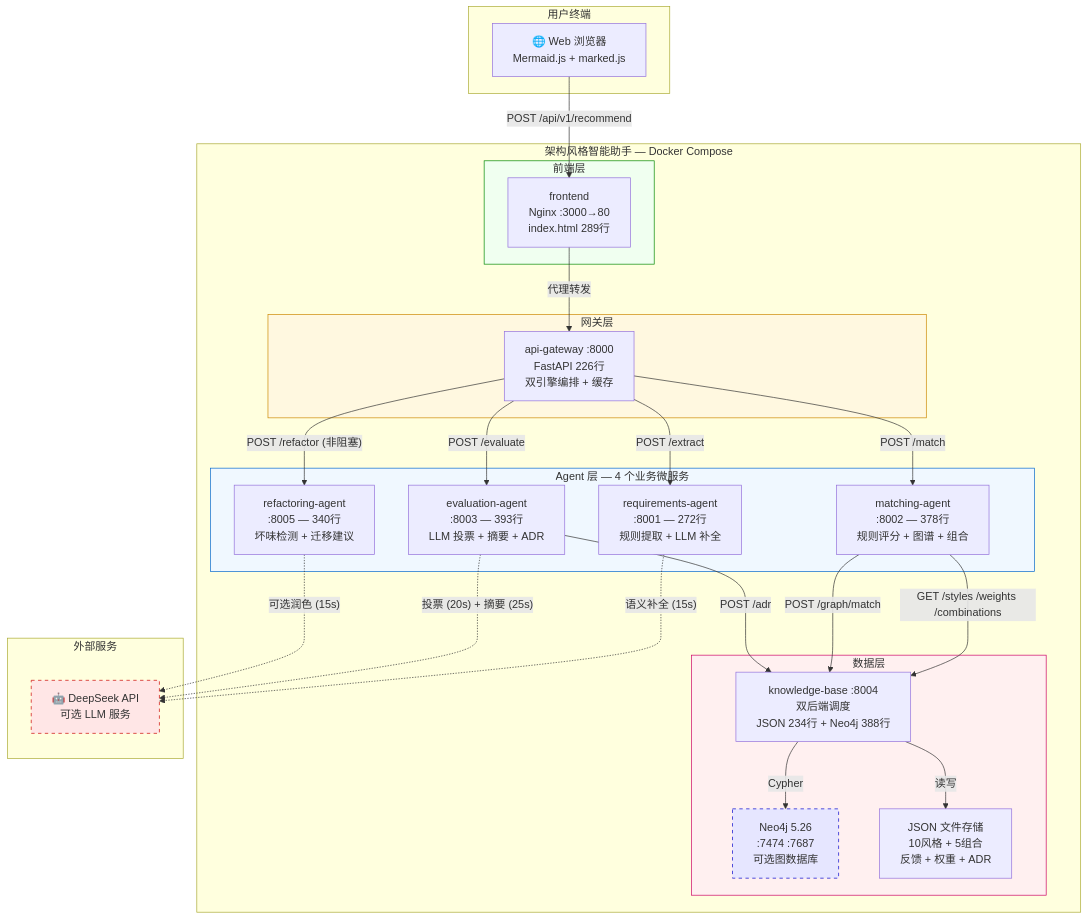
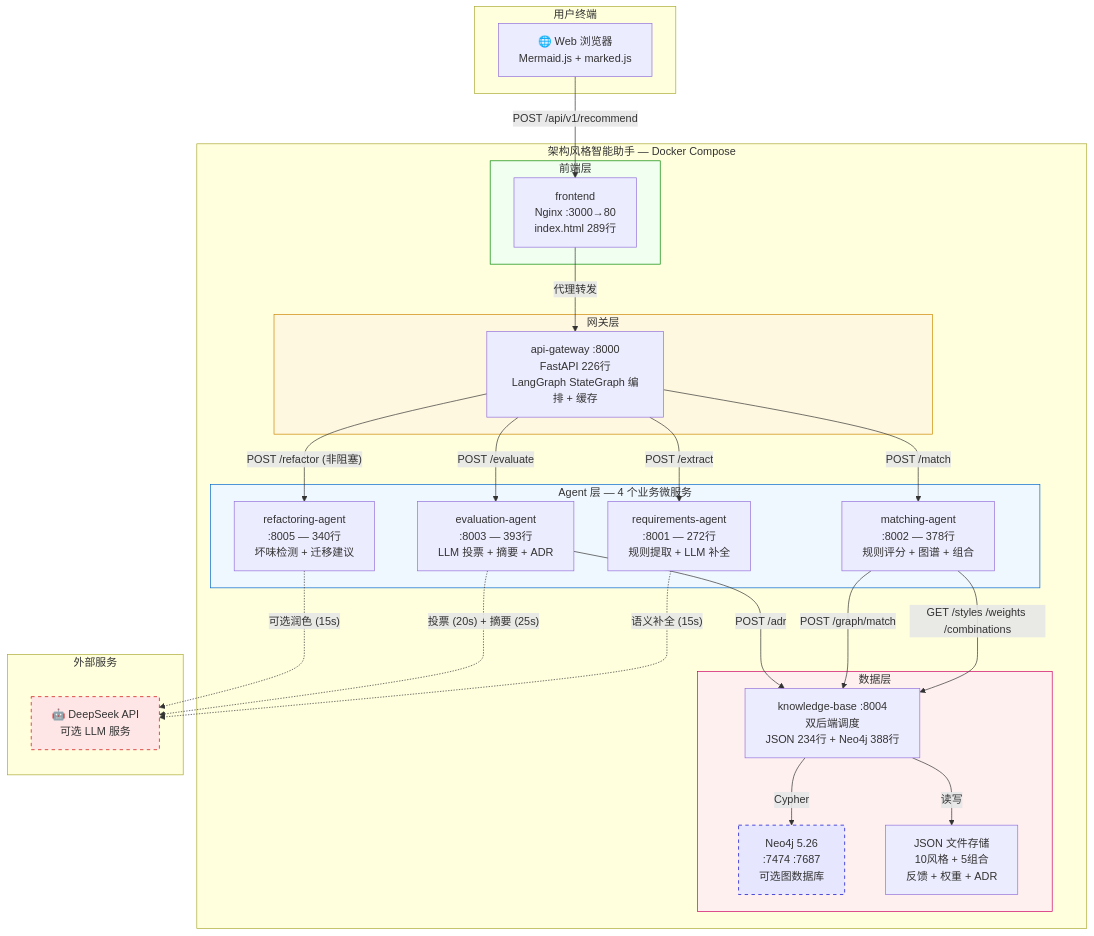
Before and after one commit to zbhzbhzbh11/architecture-assistant: the second of 8 diagrams in docs/defense/05-C4模型与UML图.md, drawn with Mermaid. The commit also changed other lines of this file and 89 other files, not shown here.

First line of the commit message:
feat: LLM-first需求分析 + 12维特征 + 非对称惩罚 + 子图模块化 + 前端改版

````diff
--- a/docs/defense/05-C4模型与UML图.md
+++ b/docs/defense/05-C4模型与UML图.md
@@ -75,55 +75,55 @@
 ```mermaid
 graph TB
     subgraph UserDevice["用户终端"]
         Browser["🌐 Web 浏览器<br/>Mermaid.js + marked.js"]
     end
 
     subgraph SystemBoundary["架构风格智能助手 — Docker Compose"]
         subgraph FrontendLayer["前端层"]
             Frontend["frontend<br/>Nginx :3000→80<br/>index.html 289行"]
         end
 
         subgraph GatewayLayer["网关层"]
-            Gateway["api-gateway :8000<br/>FastAPI 226行<br/>双引擎编排 + 缓存"]
+            Gateway["api-gateway :8000<br/>FastAPI 226行<br/>LangGraph StateGraph 编排 + 缓存"]
         end
 
         subgraph AgentLayer["Agent 层 — 4 个业务微服务"]
             ReqAgent["requirements-agent<br/>:8001 — 272行<br/>规则提取 + LLM 补全"]
             MatchAgent["matching-agent<br/>:8002 — 378行<br/>规则评分 + 图谱 + 组合"]
             EvalAgent["evaluation-agent<br/>:8003 — 393行<br/>LLM 投票 + 摘要 + ADR"]
             RefAgent["refactoring-agent<br/>:8005 — 340行<br/>坏味检测 + 迁移建议"]
         end
 
         subgraph DataLayer["数据层"]
             KB["knowledge-base :8004<br/>双后端调度<br/>JSON 234行 + Neo4j 388行"]
             Neo4jDB["Neo4j 5.26<br/>:7474 :7687<br/>可选图数据库"]
             JSONFiles["JSON 文件存储<br/>10风格 + 5组合<br/>反馈 + 权重 + ADR"]
         end
     end
 
     subgraph ExternalServices["外部服务"]
         LLM["🤖 DeepSeek API<br/>可选 LLM 服务"]
     end
 
     Browser -->|"POST /api/v1/recommend"| Frontend
     Frontend -->|"代理转发"| Gateway
     Gateway -->|"POST /extract"| ReqAgent
     Gateway -->|"POST /match"| MatchAgent
     Gateway -->|"POST /evaluate"| EvalAgent
     Gateway -->|"POST /refactor (非阻塞)"| RefAgent
     MatchAgent -->|"GET /styles /weights /combinations"| KB
     MatchAgent -->|"POST /graph/match"| KB
     EvalAgent -->|"POST /adr"| KB
     KB -->|"Cypher"| Neo4jDB
     KB -->|"读写"| JSONFiles
     ReqAgent -.->|"语义补全 (15s)"| LLM
     EvalAgent -.->|"投票 (20s) + 摘要 (25s)"| LLM
     RefAgent -.->|"可选润色 (15s)"| LLM
 
     style LLM fill:#ffe6e6,stroke:#cc0000,stroke-dasharray: 5 5
     style Neo4jDB fill:#e6e6ff,stroke:#0000cc,stroke-dasharray: 5 5
     style FrontendLayer fill:#f0fff0,stroke:#008800
     style GatewayLayer fill:#fff8e0,stroke:#cc8800
     style AgentLayer fill:#f0f8ff,stroke:#0066cc
     style DataLayer fill:#fff0f0,stroke:#cc0066
 ```
````
